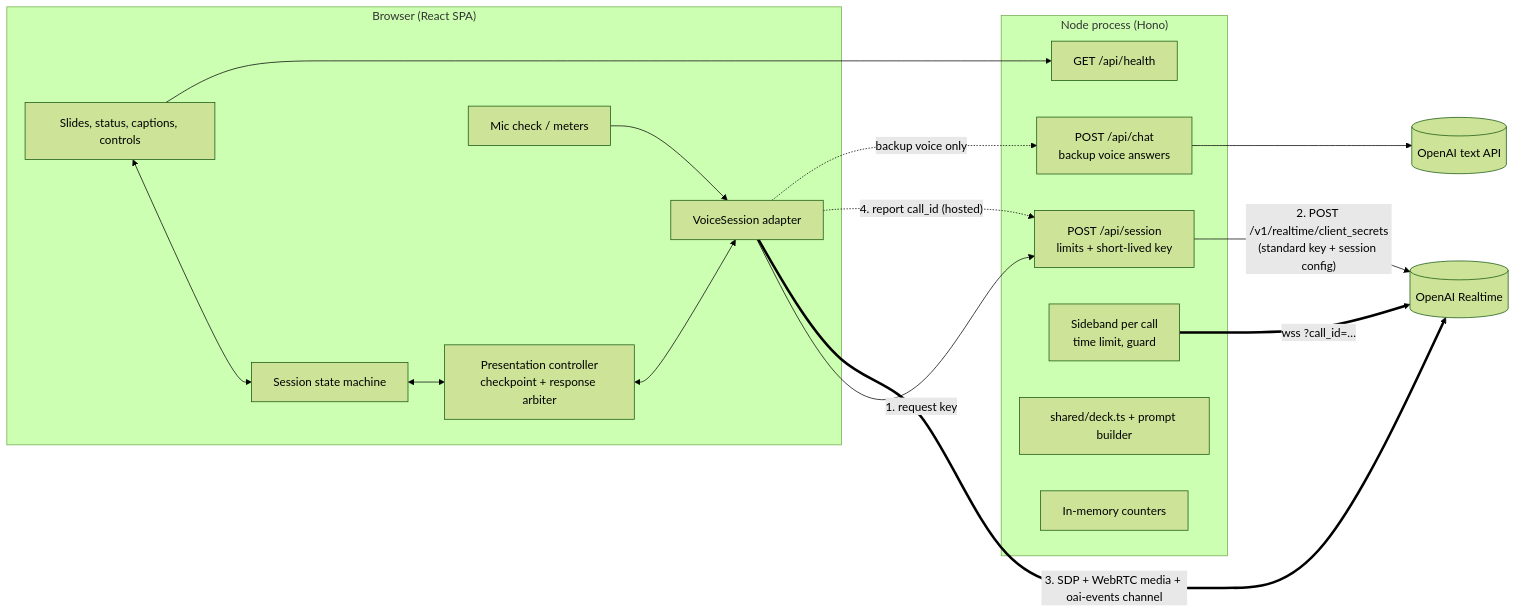
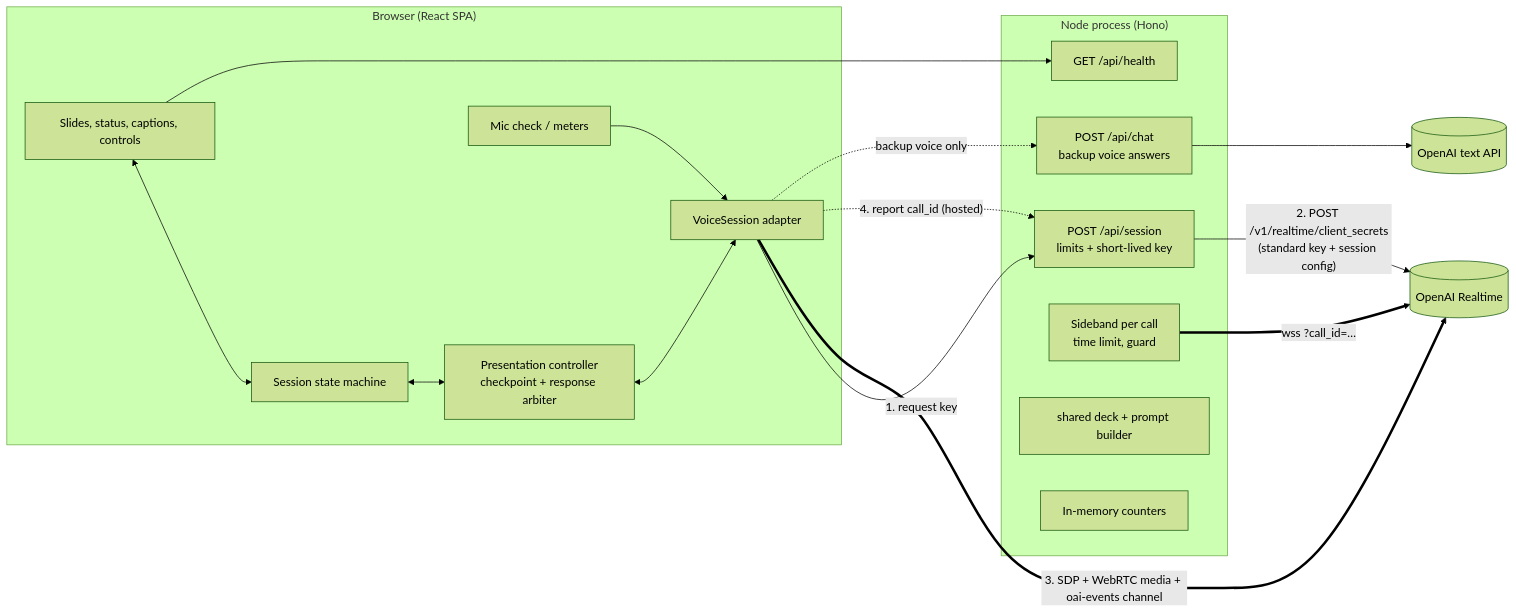
One commit to Bpriya42/voice_agents changed the first of 2 diagrams in docs/architecture.md. Above: the diagram before and after it, drawn with Mermaid (forest theme). The commit also changed other lines of this file and 2 other files, not shown here.

````diff
--- a/docs/architecture.md
+++ b/docs/architecture.md
@@ -73,35 +73,35 @@
 ```mermaid
 flowchart LR
   subgraph Browser["Browser (React SPA)"]
     UI[Slides, status, captions, controls]
     SM[Session state machine]
     PC[Presentation controller<br/>checkpoint + response arbiter]
     VA[VoiceSession adapter]
     MIC[Mic check / meters]
     UI <--> SM
     SM <--> PC
     PC <--> VA
     MIC --> VA
   end
 
   subgraph Server["Node process (Hono)"]
     H["GET /api/health"]
     S["POST /api/session<br/>limits + short-lived key"]
     C["POST /api/chat<br/>backup voice answers"]
     SB["Sideband per call<br/>time limit, guard"]
-    D[shared/deck.ts + prompt builder]
+    D[shared deck + prompt builder]
     L[In-memory counters]
   end
 
   OAI[(OpenAI Realtime)]
   OAIT[(OpenAI text API)]
 
   VA -- "1. request key" --> S
   S -- "2. POST /v1/realtime/client_secrets<br/>(standard key + session config)" --> OAI
   VA == "3. SDP + WebRTC media + oai-events channel" ==> OAI
   VA -. "4. report call_id (hosted)" .-> S
   SB == "wss ?call_id=…" ==> OAI
   VA -. "backup voice only" .-> C
   C --> OAIT
   UI --> H
 ```
````
